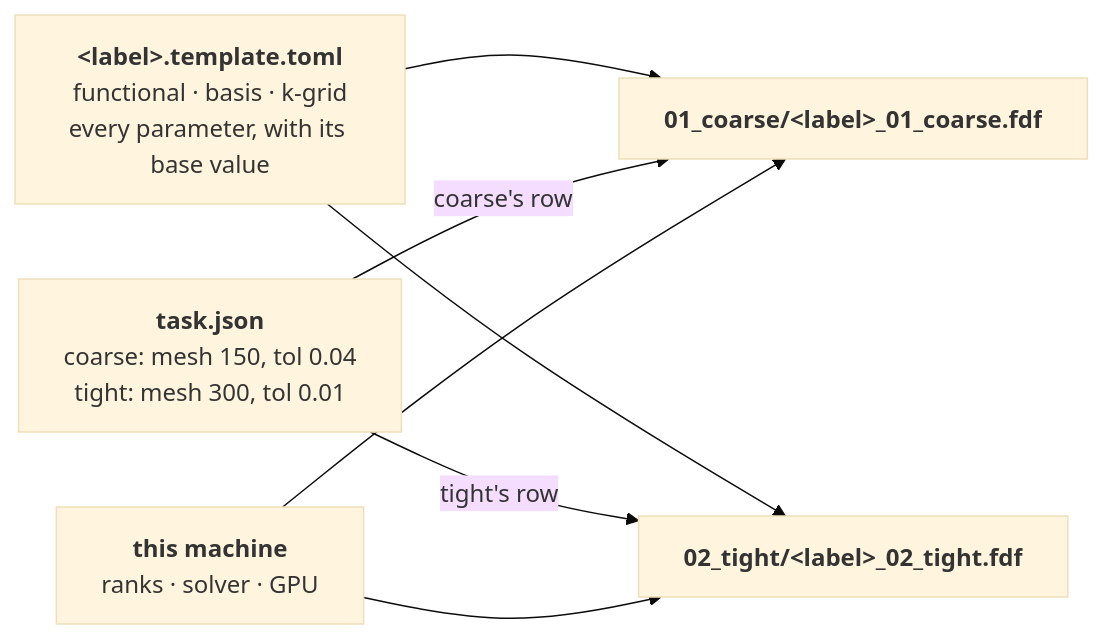
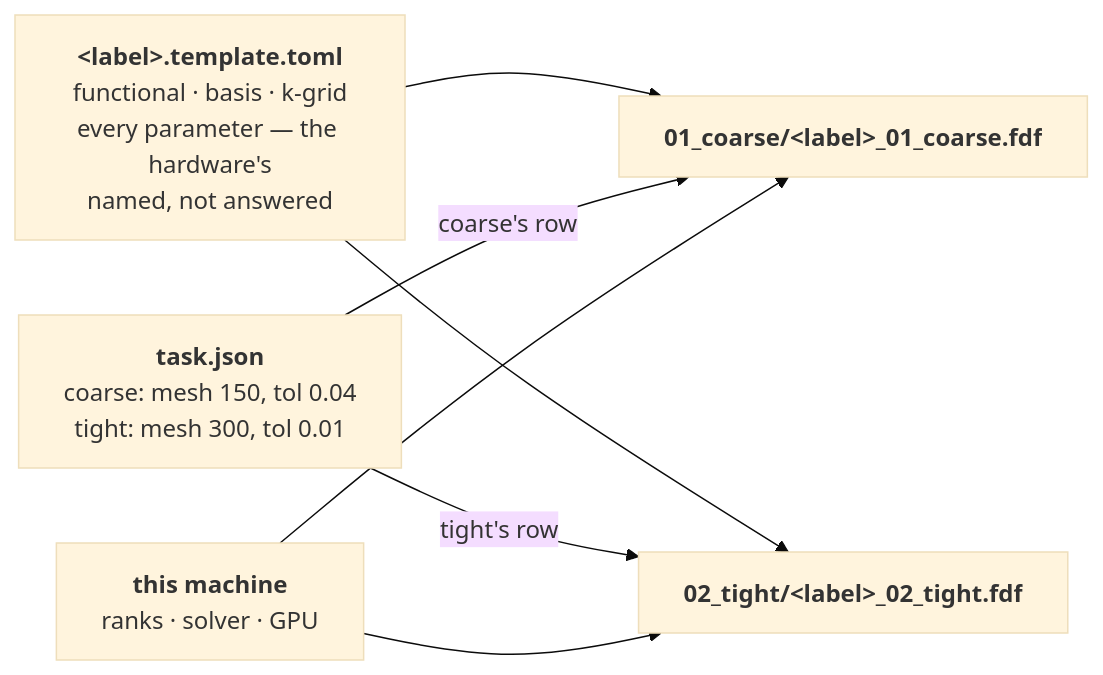
One commit to Qing-LAB/molbuilder changed the diagram in docs/engines/stages.md. Above: the diagram before and after it, drawn with Mermaid (base theme). The commit also changed 5 other files, not shown here.

````diff
--- a/docs/engines/stages.md
+++ b/docs/engines/stages.md
@@ -1073,14 +1073,14 @@
 ```mermaid
 flowchart LR
-    T["<b>&lt;label&gt;.template.toml</b><br/>functional · basis · k-grid<br/>every parameter, with its base value"]
+    T["<b>&lt;label&gt;.template.toml</b><br/>functional · basis · k-grid<br/>every parameter — the hardware's<br/>named, not answered"]
     J["<b>task.json</b><br/>coarse: mesh 150, tol 0.04<br/>tight:  mesh 300, tol 0.01"]
     M["<b>this machine</b><br/>ranks · solver · GPU"]
     DC["<b>01_coarse/&lt;label&gt;_01_coarse.fdf</b>"]
     DT["<b>02_tight/&lt;label&gt;_02_tight.fdf</b>"]
     T --> DC
     T --> DT
     J -->|"coarse's row"| DC
     J -->|"tight's row"| DT
     M --> DC
     M --> DT
 ```
````
